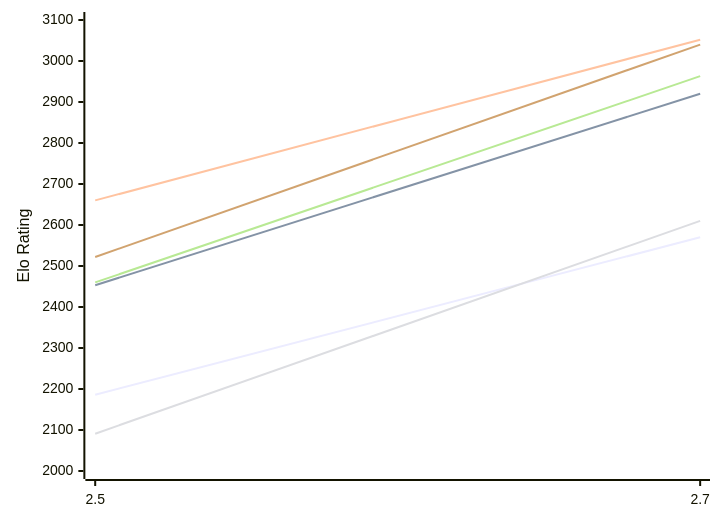
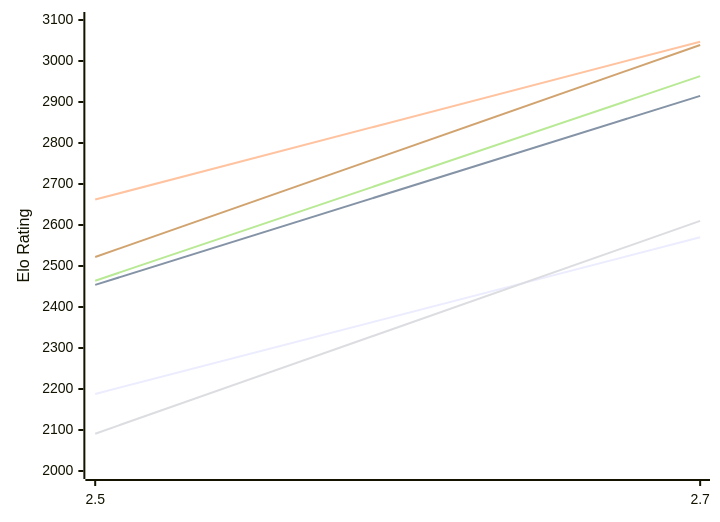
The first of 2 diagrams in engines/Zevra.md (computer-chess-index/cci), drawn with Mermaid before and after one commit. The commit also changed other lines of this file, not shown here.

Commit message:
Update CCI Ratings (ELO VLTC) - 2026-11-26

````diff
--- a/engines/Zevra.md
+++ b/engines/Zevra.md
@@ -50,12 +50,12 @@
 ```mermaid
 %%{init: {"theme":"base","themeVariables":{"seriesColors:['#a3a3a3','#222221','#faa371']}}}%%
 xychart-beta
   x-axis ["2.5", "2.7"]
   y-axis "Elo Rating" 2000 --> 3100
-  line "E1: STC (8.0+0.08s)" [2186, 2570]
-  line "E1: LTC (60.0+0.60s)" [2453, 2920]
-  line "E1: VLTC (2m24s+1.12s)" [2660, 3052]
+  line "E1: STC (8.0+0.08s)" [2188, 2570]
+  line "E1: LTC (60.0+0.60s)" [2454, 2915]
+  line "E1: VLTC (2m24s+1.12s)" [2662, 3047]
   line "P1: STC (8.0+0.08s)" [2091, 2610]
-  line "P1: LTC (60.0+0.60s)" [2460, 2963]
-  line "P1: VLTC (2m24s+1.12s)" [2522, 3040]
+  line "P1: LTC (60.0+0.60s)" [2464, 2963]
+  line "P1: VLTC (2m24s+1.12s)" [2522, 3039]
 ```
````
